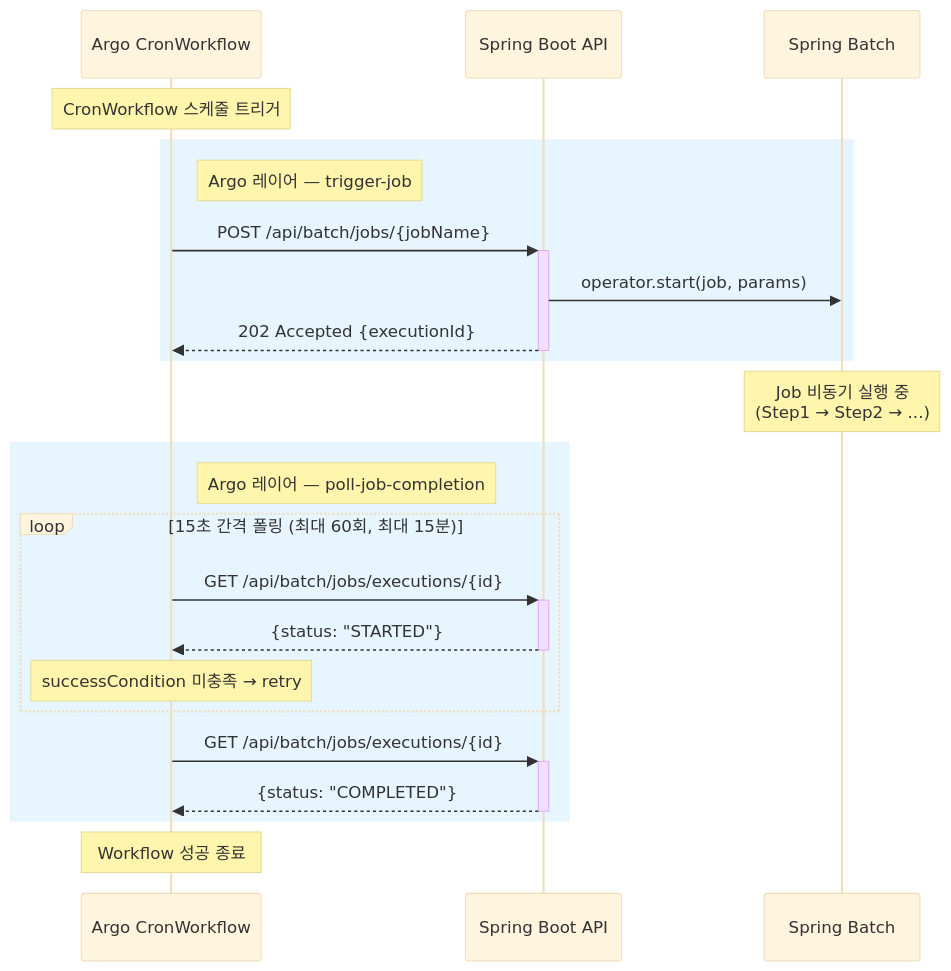
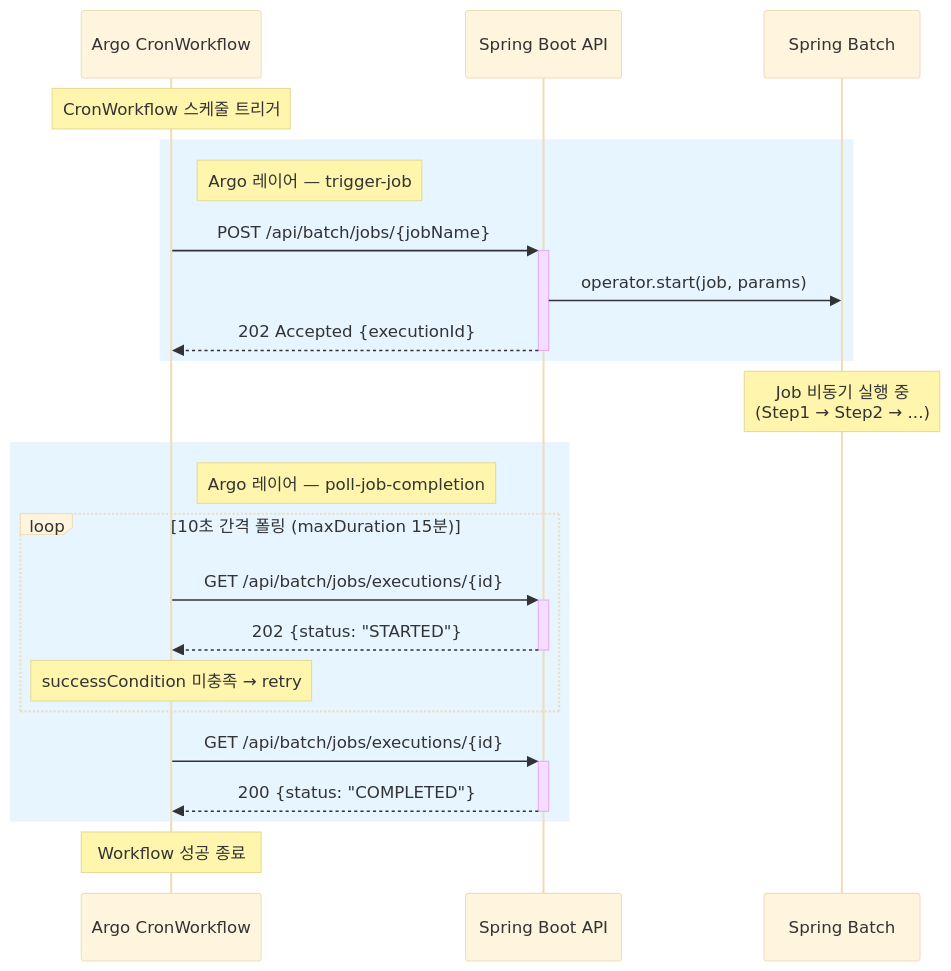
Before and after one commit to sanggi-wjg/kotlin-spring-boot-demos: the first of 5 diagrams in spring-batch-argo-workflows/docs/architecture.md, drawn with Mermaid (base theme). The commit also changed other lines of this file and 3 other files, not shown here.

Commit message:
Refine Argo workflows by adjusting polling intervals, retry/backoff settings, and dependencies. Update comments, README, architecture docs, and HTTP status codes for improved clarity and consistency.

````diff
--- a/spring-batch-argo-workflows/docs/architecture.md
+++ b/spring-batch-argo-workflows/docs/architecture.md
@@ -99,29 +99,29 @@
 ```mermaid
 sequenceDiagram
     participant Argo as Argo CronWorkflow
     participant API as Spring Boot API
     participant Batch as Spring Batch
     Note over Argo: CronWorkflow 스케줄 트리거
 
     rect rgb(230, 245, 255)
         Note right of Argo: Argo 레이어 — trigger-job
         Argo ->>+ API: POST /api/batch/jobs/{jobName}
         API ->> Batch: operator.start(job, params)
         API -->>- Argo: 202 Accepted {executionId}
     end
 
     Note over Batch: Job 비동기 실행 중<br/>(Step1 → Step2 → ...)
 
     rect rgb(230, 245, 255)
         Note right of Argo: Argo 레이어 — poll-job-completion
-        loop 15초 간격 폴링 (최대 60회, 최대 15분)
+        loop 10초 간격 폴링 (maxDuration 15분)
             Argo ->>+ API: GET /api/batch/jobs/executions/{id}
-            API -->>- Argo: {status: "STARTED"}
+            API -->>- Argo: 202 {status: "STARTED"}
             Note over Argo: successCondition 미충족 → retry
         end
         Argo ->>+ API: GET /api/batch/jobs/executions/{id}
-        API -->>- Argo: {status: "COMPLETED"}
+        API -->>- Argo: 200 {status: "COMPLETED"}
     end
 
     Note over Argo: Workflow 성공 종료
 ```
````
